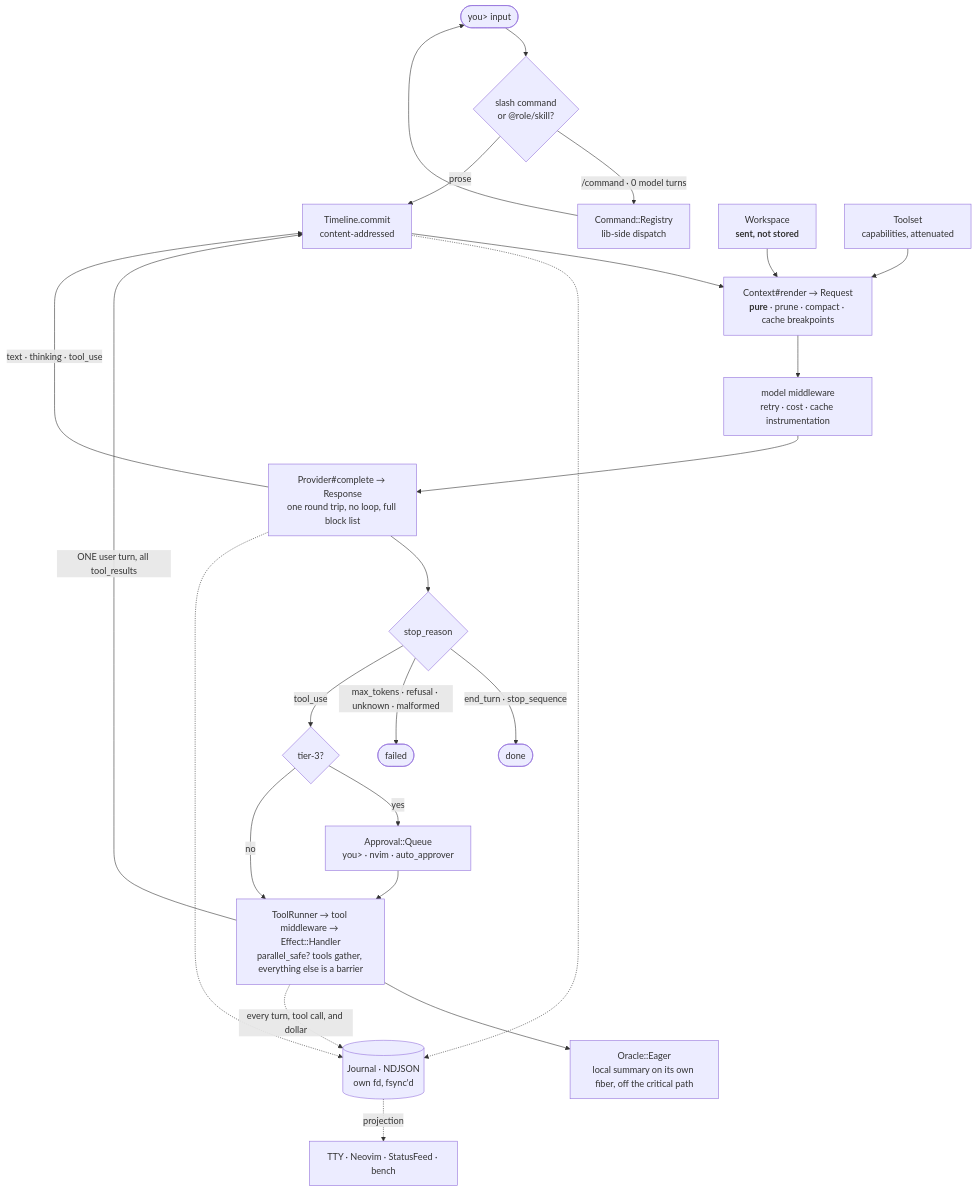
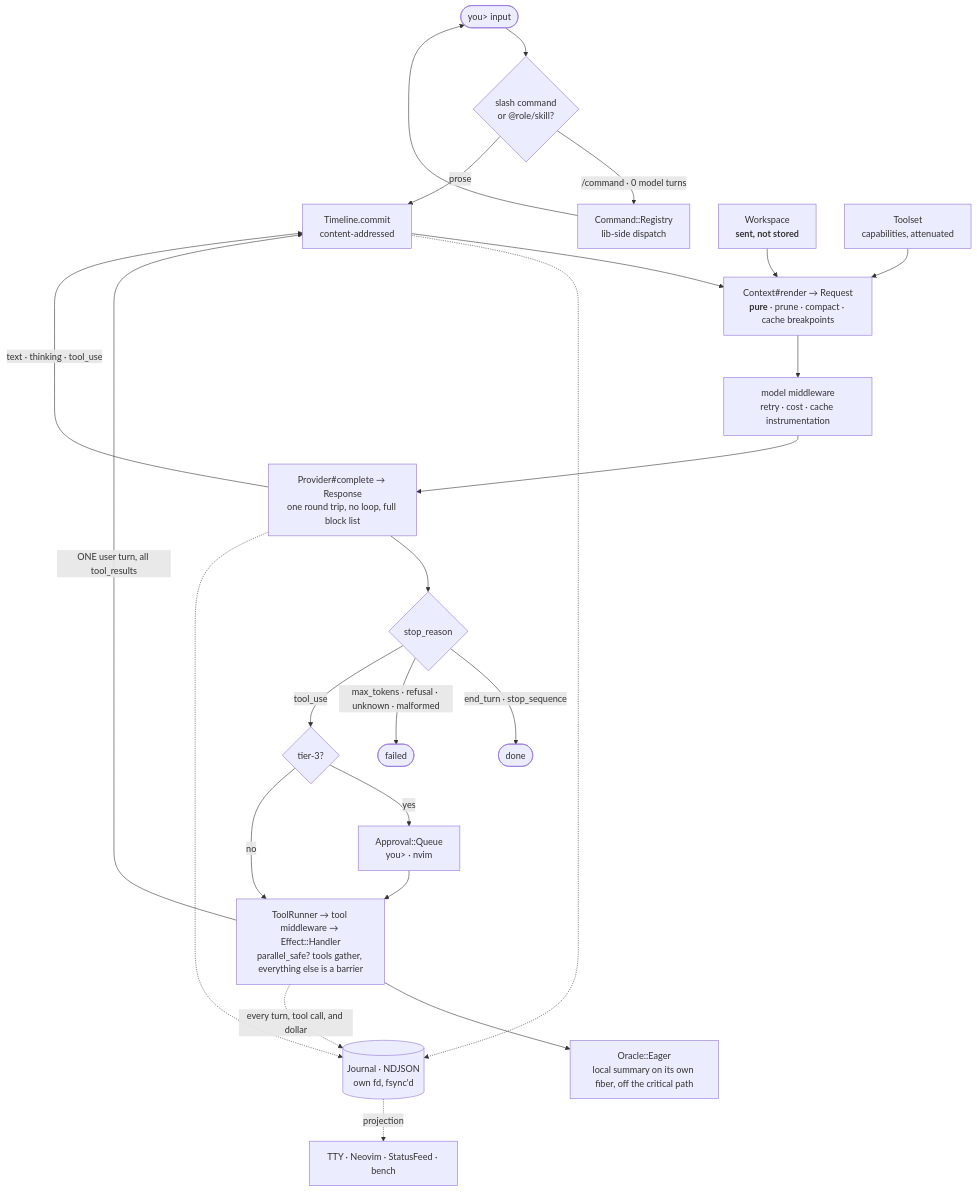
One commit to liaden/lain changed the diagram in README.md. Above: the diagram before and after it, drawn with Mermaid. The commit also changed other lines of this file and 14 other files, not shown here.

````diff
--- a/README.md
+++ b/README.md
@@ -131,27 +131,27 @@
 ```mermaid
 flowchart TB
   IN(["you&gt; input"]) --> DISP{"slash command<br/>or @role/skill?"}
   DISP -->|"/command · 0 model turns"| CMD["Command::Registry<br/>lib-side dispatch"] --> IN
   DISP -->|prose| TL
 
   TL["Timeline.commit<br/>content-addressed"] --> CTX
   WS["Workspace<br/><b>sent, not stored</b>"] --> CTX
   TS["Toolset<br/>capabilities, attenuated"] --> CTX
   CTX["Context#render → Request<br/><b>pure</b> · prune · compact · cache breakpoints"] --> MW
   MW["model middleware<br/>retry · cost · cache instrumentation"] --> P
   P["Provider#complete → Response<br/>one round trip, no loop, full block list"] --> SR{"stop_reason"}
   P -->|"text · thinking · tool_use"| TL
 
   SR -->|"end_turn · stop_sequence"| DONE([done])
   SR -->|"max_tokens · refusal · unknown · malformed"| FAIL([failed])
   SR -->|tool_use| GATE{"tier-3?"}
-  GATE -->|yes| APR["Approval::Queue<br/>you&gt; · nvim · auto_approver"] --> EXEC
+  GATE -->|yes| APR["Approval::Queue<br/>you&gt; · nvim"] --> EXEC
   GATE -->|no| EXEC["ToolRunner → tool middleware → Effect::Handler<br/>parallel_safe? tools gather, everything else is a barrier"]
   EXEC -->|"ONE user turn, all tool_results"| TL
   EXEC --> SUM["Oracle::Eager<br/>local summary on its own fiber, off the critical path"]
 
   TL -.-> J
   P -.-> J
   EXEC -.->|every turn, tool call, and dollar| J[("Journal · NDJSON<br/>own fd, fsync'd")]
   J -.->|projection| UI["TTY · Neovim · StatusFeed · bench"]
 ```
````
